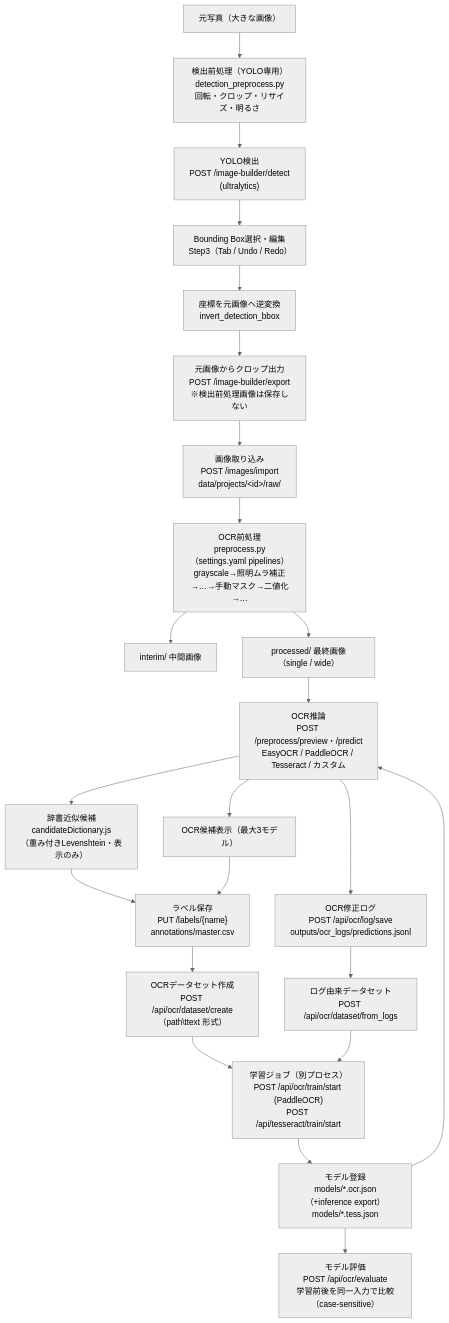
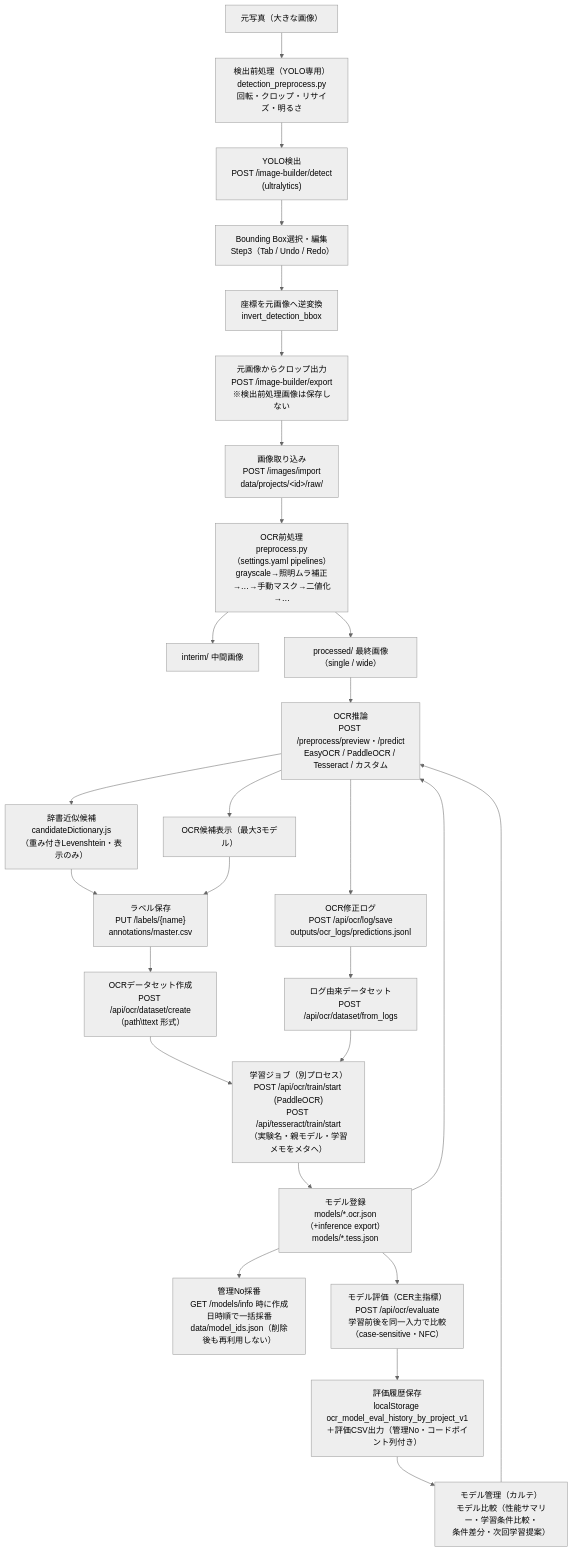
One commit to bs-shashimoto2048/OCR_Crafter changed the first of 2 diagrams in docs/17_DATAFLOW.md. Above: the diagram before and after it, drawn with Mermaid (neutral theme). The commit also changed other lines of this file and 13 other files, not shown here.

First line of the commit message:
docs: synchronize project documentation with current OCR workflow

````diff
--- a/docs/17_DATAFLOW.md
+++ b/docs/17_DATAFLOW.md
@@ -7,28 +7,32 @@
 ```mermaid
 flowchart TD
     PHOTO["元写真（大きな画像）"] --> DPP["検出前処理（YOLO専用）<br/>detection_preprocess.py<br/>回転・クロップ・リサイズ・明るさ"]
     DPP --> YOLO["YOLO検出<br/>POST /image-builder/detect<br/>(ultralytics)"]
     YOLO --> BBOX["Bounding Box選択・編集<br/>Step3（Tab / Undo / Redo）"]
     BBOX --> INV["座標を元画像へ逆変換<br/>invert_detection_bbox"]
     INV --> CROP["元画像からクロップ出力<br/>POST /image-builder/export<br/>※検出前処理画像は保存しない"]
 
     CROP --> IMPORT["画像取り込み<br/>POST /images/import<br/>data/projects/&lt;id&gt;/raw/"]
     IMPORT --> OPP["OCR前処理<br/>preprocess.py（settings.yaml pipelines）<br/>grayscale→照明ムラ補正→…→手動マスク→二値化→…"]
     OPP --> INTERIM["interim/ 中間画像"]
     OPP --> PROC["processed/ 最終画像（single / wide）"]
 
     PROC --> OCR["OCR推論<br/>POST /preprocess/preview・/predict<br/>EasyOCR / PaddleOCR / Tesseract / カスタム"]
     OCR --> DICT["辞書近似候補<br/>candidateDictionary.js<br/>（重み付きLevenshtein・表示のみ）"]
     OCR --> CAND["OCR候補表示（最大3モデル）"]
     DICT --> LABEL
     CAND --> LABEL["ラベル保存<br/>PUT /labels/{name}<br/>annotations/master.csv"]
 
     LABEL --> DS["OCRデータセット作成<br/>POST /api/ocr/dataset/create<br/>（path\ttext 形式）"]
     FIX["OCR修正ログ<br/>POST /api/ocr/log/save<br/>outputs/ocr_logs/predictions.jsonl"] --> DS2["ログ由来データセット<br/>POST /api/ocr/dataset/from_logs"]
     OCR --> FIX
-    DS --> TRAIN["学習ジョブ（別プロセス）<br/>POST /api/ocr/train/start (PaddleOCR)<br/>POST /api/tesseract/train/start"]
+    DS --> TRAIN["学習ジョブ（別プロセス）<br/>POST /api/ocr/train/start (PaddleOCR)<br/>POST /api/tesseract/train/start<br/>（実験名・親モデル・学習メモをメタへ）"]
     DS2 --> TRAIN
     TRAIN --> MODEL["モデル登録<br/>models/*.ocr.json（+inference export）<br/>models/*.tess.json"]
+    MODEL --> MID2["管理No採番<br/>GET /models/info 時に作成日時順で一括採番<br/>data/model_ids.json（削除後も再利用しない）"]
     MODEL --> OCR
-    MODEL --> EVAL["モデル評価<br/>POST /api/ocr/evaluate<br/>学習前後を同一入力で比較（case-sensitive）"]
+    MODEL --> EVAL["モデル評価（CER主指標）<br/>POST /api/ocr/evaluate<br/>学習前後を同一入力で比較（case-sensitive・NFC）"]
+    EVAL --> HIST["評価履歴保存<br/>localStorage ocr_model_eval_history_by_project_v1<br/>＋評価CSV出力（管理No・コードポイント列付き）"]
+    HIST --> MGMT["モデル管理（カルテ）<br/>モデル比較（性能サマリー・学習条件比較・<br/>条件差分・次回学習提案）"]
+    MGMT --> OCR
 ```
````
